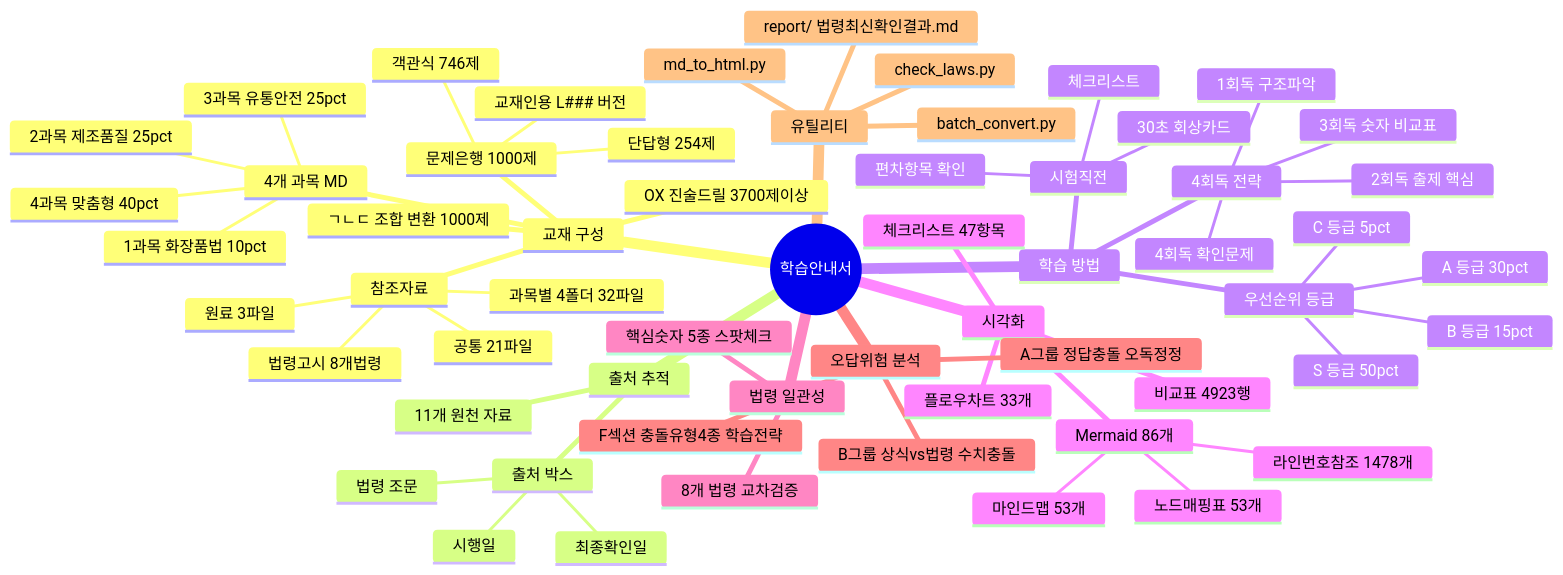
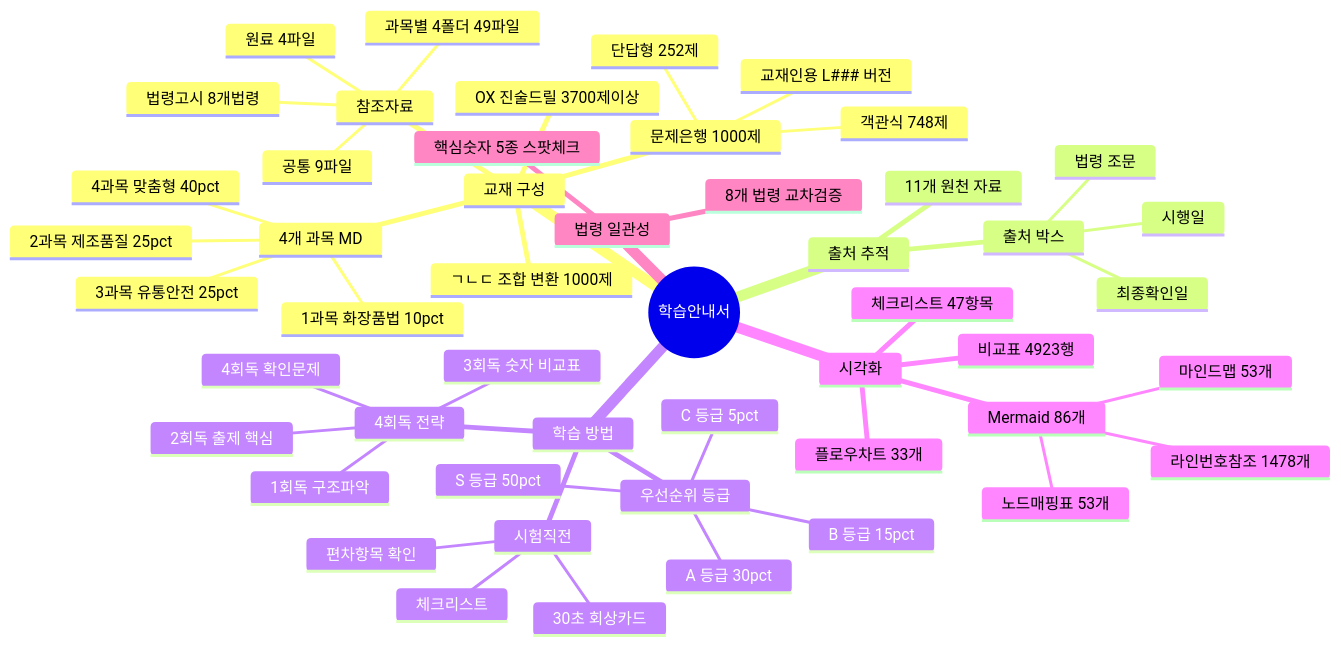
The diagram in content/exams/cosmetic/docs/학습안내서.md (skygoldlee-cyber/Personalized_Skincare), drawn with Mermaid before and after one commit. The commit also changed other lines of this file and 5 other files, not shown here.

````diff
--- a/content/exams/cosmetic/docs/학습안내서.md
+++ b/content/exams/cosmetic/docs/학습안내서.md
@@ -33,62 +30,53 @@
 ```mermaid
 mindmap
   root((학습안내서))
     교재 구성
       4개 과목 MD
         1과목 화장품법 10pct
         2과목 제조품질 25pct
         3과목 유통안전 25pct
         4과목 맞춤형 40pct
       문제은행 1000제
-        객관식 746제
-        단답형 254제
+        객관식 748제
+        단답형 252제
         교재인용 L### 버전
       ㄱㄴㄷ 조합 변환 1000제
       OX 진술드릴 3700제이상
       참조자료
-        과목별 4폴더 32파일
-        공통 21파일
-        원료 3파일
+        과목별 4폴더 49파일
+        공통 9파일
+        원료 4파일
         법령고시 8개법령
     출처 추적
       출처 박스
         법령 조문
         시행일
         최종확인일
       11개 원천 자료
     학습 방법
       우선순위 등급
         S 등급 50pct
         A 등급 30pct
         B 등급 15pct
         C 등급 5pct
       4회독 전략
         1회독 구조파악
         2회독 출제 핵심
         3회독 숫자 비교표
         4회독 확인문제
       시험직전
         30초 회상카드
         체크리스트
         편차항목 확인
     시각화
       Mermaid 86개
         마인드맵 53개
         노드매핑표 53개
         라인번호참조 1478개
       플로우차트 33개
       비교표 4923행
       체크리스트 47항목
     법령 일관성
       8개 법령 교차검증
       핵심숫자 5종 스팟체크
-    오답위험 분석
-      A그룹 정답충돌 오독정정
-      B그룹 상식vs법령 수치충돌
-      F섹션 충돌유형4종 학습전략
-    유틸리티
-      md_to_html.py
-      batch_convert.py
-      check_laws.py
-      report/ 법령최신확인결과.md
 ```
````
